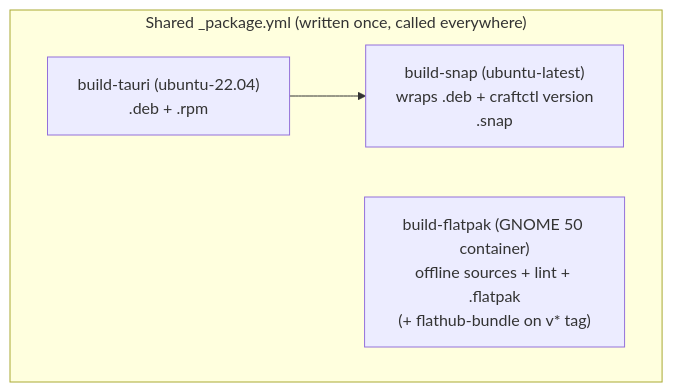
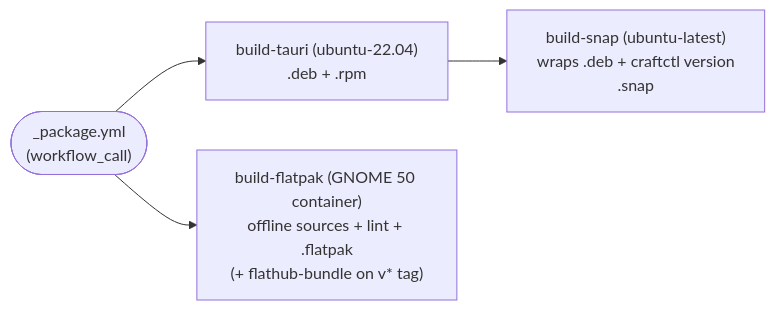
Before and after one commit to ariyadey/capturist: the fifth of 5 diagrams in docs/ci-cd-flow.md, drawn with Mermaid. The commit also changed other lines of this file, not shown here.

Commit message:
docs: reorder and separate CI/CD flow diagram lanes

````diff
--- a/docs/ci-cd-flow.md
+++ b/docs/ci-cd-flow.md
@@ -34,8 +45,6 @@
 ```mermaid
 flowchart LR
-    subgraph PKG["Shared _package.yml (written once, called everywhere)"]
-        direction LR
-        P_TAURI["build-tauri (ubuntu-22.04)\n.deb + .rpm"] --> P_SNAP["build-snap (ubuntu-latest)\nwraps .deb + craftctl version\n.snap"]
-        P_FLAT["build-flatpak (GNOME 50 container)\noffline sources + lint + .flatpak\n(+ flathub-bundle on v* tag)"]
-    end
+    PKG_IN(["_package.yml\n(workflow_call)"]) --> P_TAURI["build-tauri (ubuntu-22.04)\n.deb + .rpm"]
+    P_TAURI --> P_SNAP["build-snap (ubuntu-latest)\nwraps .deb + craftctl version\n.snap"]
+    PKG_IN --> P_FLAT["build-flatpak (GNOME 50 container)\noffline sources + lint + .flatpak\n(+ flathub-bundle on v* tag)"]
 ```
````
